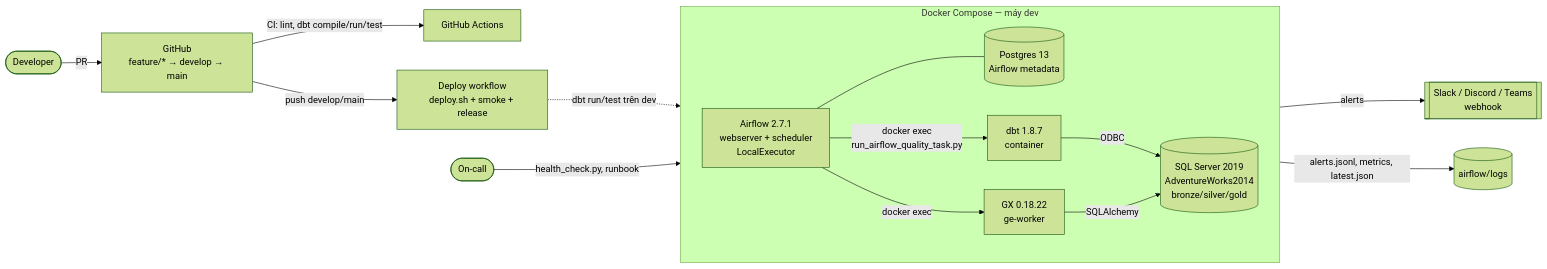
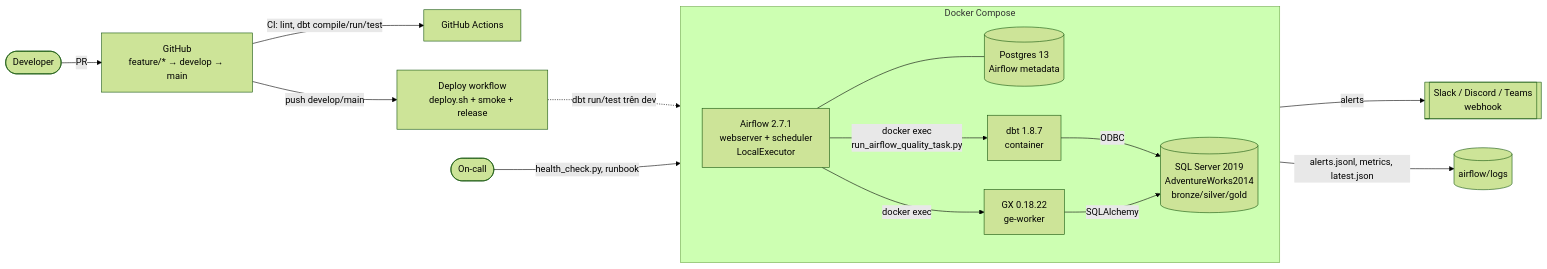
One commit to hoanggiabao1804/DBT-Airflow---DataOps changed the first of 5 diagrams in docs/architecture.md. Above: the diagram before and after it, drawn with Mermaid (forest theme). The commit also changed other lines of this file and 73 other files, not shown here.

First line of the commit message:
docs: consolidate Thinh docs into report-style airflow_pipeline, README, architecture, demo guide

````diff
--- a/docs/architecture.md
+++ b/docs/architecture.md
@@ -7,25 +10,25 @@
 ```mermaid
 flowchart LR
     dev([Developer]) -->|PR| gh[GitHub<br/>feature/* → develop → main]
     gh -->|CI: lint, dbt compile/run/test| ci[GitHub Actions]
     gh -->|push develop/main| cd[Deploy workflow<br/>deploy.sh + smoke + release]
 
-    subgraph host[Docker Compose — máy dev]
+    subgraph host[Docker Compose]
         direction LR
         af[Airflow 2.7.1<br/>webserver + scheduler<br/>LocalExecutor]
         pg[(Postgres 13<br/>Airflow metadata)]
         dbt[dbt 1.8.7<br/>container]
         ge[GX 0.18.22<br/>ge-worker]
         mssql[(SQL Server 2019<br/>AdventureWorks2014<br/>bronze/silver/gold)]
         af --- pg
         af -->|docker exec<br/>run_airflow_quality_task.py| dbt
         af -->|docker exec| ge
         dbt -->|ODBC| mssql
         ge -->|SQLAlchemy| mssql
     end
 
     cd -.->|dbt run/test trên dev| dbt
     af -->|alerts| chat[[Slack / Discord / Teams<br/>webhook]]
     af -->|alerts.jsonl, metrics, latest.json| logs[(airflow/logs)]
     ops([On-call]) -->|health_check.py, runbook| host
 ```
````
